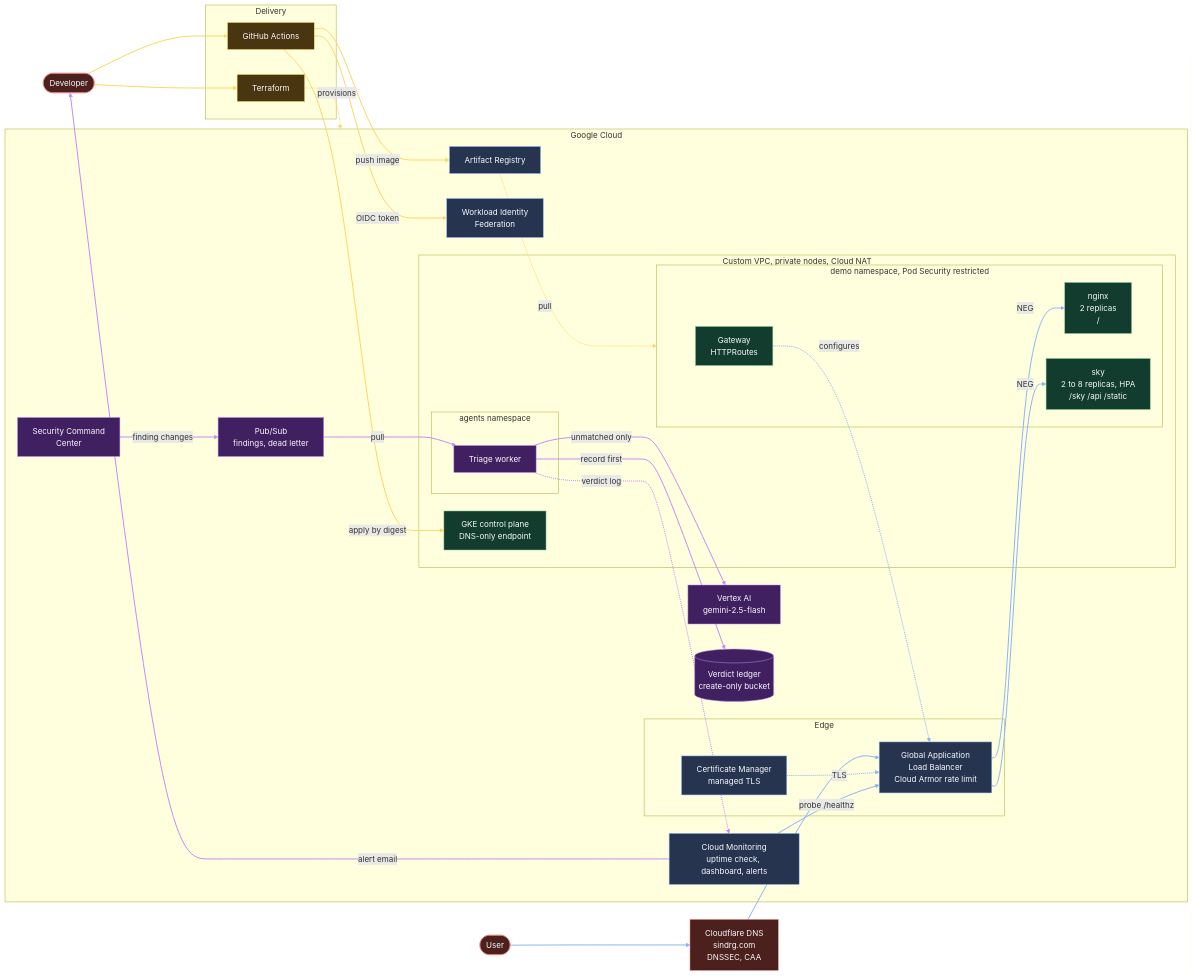
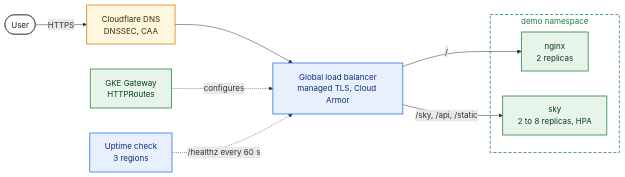
The second of 4 diagrams in README.md (sindredg/k8-lab), drawn with Mermaid before and after one commit. The commit also changed other lines of this file, not shown here.

Commit message:
docs: split the architecture diagram into an overview and three paths (#146)

````diff
--- a/README.md
+++ b/README.md
@@ -10,78 +46,31 @@
 ```mermaid
 flowchart LR
-    User(["User"])
-    Dev(["Developer"])
-    DNS["Cloudflare DNS<br/>sindrg.com<br/>DNSSEC, CAA"]
+    user(["User"])
+    dns["Cloudflare DNS<br/>DNSSEC, CAA"]
+    lb["Global load balancer<br/>managed TLS, Cloud Armor"]
+    gw["GKE Gateway<br/>HTTPRoutes"]
+    uptime["Uptime check<br/>3 regions"]
 
-    subgraph Delivery["Delivery"]
-        GH["GitHub Actions"]
-        TF["Terraform"]
+    subgraph demo["demo namespace"]
+        nginx["nginx<br/>2 replicas"]
+        sky["sky<br/>2 to 8 replicas, HPA"]
     end
 
-    subgraph GCP["Google Cloud"]
-        subgraph Edge["Edge"]
-            LB["Global Application<br/>Load Balancer<br/>Cloud Armor rate limit"]
-            Cert["Certificate Manager<br/>managed TLS"]
-        end
+    user -- "HTTPS" --> dns --> lb
+    lb -- "/" --> nginx
+    lb -- "/sky, /api, /static" --> sky
+    gw -. "configures" .-> lb
+    uptime -. "/healthz every 60 s" .-> lb
 
-        subgraph VPC["Custom VPC, private nodes, Cloud NAT"]
-            CP["GKE control plane<br/>DNS-only endpoint"]
-            subgraph demo["demo namespace, Pod Security restricted"]
-                GW["Gateway<br/>HTTPRoutes"]
-                Nginx["nginx<br/>2 replicas<br/>/"]
-                Sky["sky<br/>2 to 8 replicas, HPA<br/>/sky /api /static"]
-            end
-            subgraph agents["agents namespace"]
-                Worker["Triage worker"]
-            end
-        end
-
-        WIF["Workload Identity<br/>Federation"]
-        AR["Artifact Registry"]
-        SCC["Security Command<br/>Center"]
-        PS["Pub/Sub<br/>findings, dead letter"]
-        Vertex["Vertex AI<br/>gemini-2.5-flash"]
-        Ledger[("Verdict ledger<br/>create-only bucket")]
-        Ops["Cloud Monitoring<br/>uptime check, dashboard, alerts"]
-    end
-
-    User --> DNS
-    DNS --> LB
-    LB -- "NEG" --> Nginx
-    LB -- "NEG" --> Sky
-    GW -. "configures" .-> LB
-    Cert -. "TLS" .-> LB
-
-    Dev --> GH
-    Dev --> TF
-    GH -- "OIDC token" --> WIF
-    GH -- "push image" --> AR
-    GH -- "apply by digest" --> CP
-    TF -. "provisions" .-> GCP
-    AR -. "pull" .-> demo
-
-    SCC -- "finding changes" --> PS
-    PS -- "pull" --> Worker
-    Worker -- "unmatched only" --> Vertex
-    Worker -- "record first" --> Ledger
-    Worker -. "verdict log" .-> Ops
-
-    Ops -- "probe /healthz" --> LB
-    Ops -- "alert email" --> Dev
-
-    classDef actor fill:#4B201D,stroke:#F28B82,color:#F8FAFC
-    classDef delivery fill:#493510,stroke:#FDD663,color:#F8FAFC
-    classDef workload fill:#123C2D,stroke:#81C995,color:#F8FAFC
-    classDef managed fill:#26344F,stroke:#8AB4F8,color:#F8FAFC
-    classDef agent fill:#402060,stroke:#C58AF9,color:#F8FAFC
-
-    class User,Dev,DNS actor
-    class GH,TF delivery
-    class CP,GW,Nginx,Sky workload
-    class LB,Cert,WIF,AR,Ops managed
-    class Worker,SCC,PS,Vertex,Ledger agent
-
-    linkStyle 0,1,2,3,4,5,18 stroke:#8AB4F8,stroke-width:2px
-    linkStyle 6,7,8,9,10,11,12 stroke:#FDD663,stroke-width:2px
-    linkStyle 13,14,15,16,17,19 stroke:#C58AF9,stroke-width:2px
+    classDef actor fill:#FFFFFF,stroke:#5F6368,stroke-width:1.5px,color:#202124
+    classDef ext fill:#FEF7E0,stroke:#E37400,stroke-width:1.5px,color:#3C2A00
+    classDef gcp fill:#E8F0FE,stroke:#1A73E8,stroke-width:1.5px,color:#0B2E6B
+    classDef k8s fill:#E6F4EA,stroke:#188038,stroke-width:1.5px,color:#0B3D1C
+    classDef ai fill:#F3E8FD,stroke:#8430CE,stroke-width:1.5px,color:#3B0E6B
+    classDef alert fill:#FCE8E6,stroke:#C5221F,stroke-width:1.5px,color:#5C0B09
+    class user actor
+    class dns ext
+    class lb,uptime gcp
+    class gw,nginx,sky k8s
+    style demo fill:none,stroke:#188038,stroke-width:1.5px,stroke-dasharray:6 4,color:#188038
 ```
````
